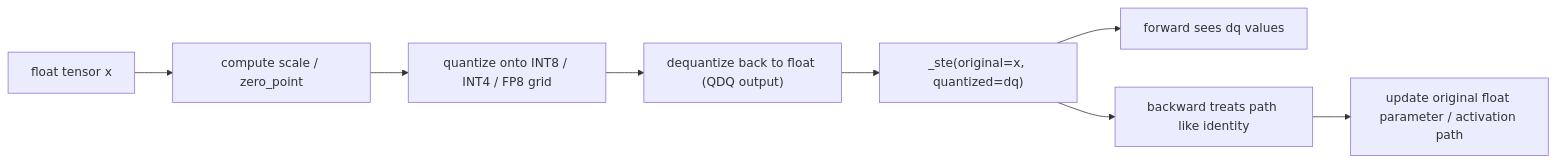
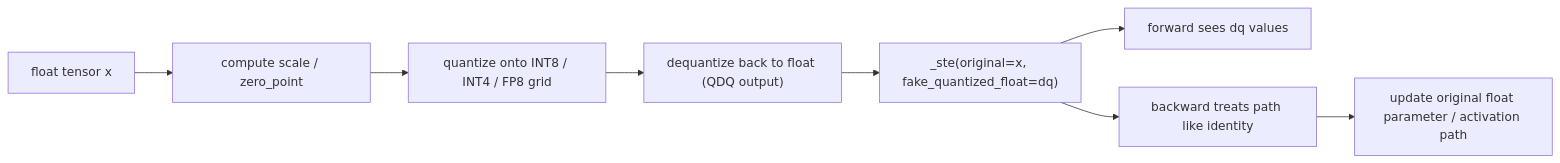
Before and after one commit to shreyansh26/quantization-aware-training: the first of 3 diagrams in README.md, drawn with Mermaid. The commit also changed other lines of this file, not shown here.

Commit message:
Clarify fake-quantized float naming in README

````diff
--- a/README.md
+++ b/README.md
@@ -221,10 +221,10 @@
 ```mermaid
 flowchart LR
     A["float tensor x"] --> B["compute scale / zero_point"]
     B --> C["quantize onto INT8 / INT4 / FP8 grid"]
     C --> D["dequantize back to float (QDQ output)"]
-    D --> E["_ste(original=x, quantized=dq)"]
+    D --> E["_ste(original=x, fake_quantized_float=dq)"]
     E --> F["forward sees dq values"]
     E --> G["backward treats path like identity"]
     G --> H["update original float parameter / activation path"]
 ```
````
